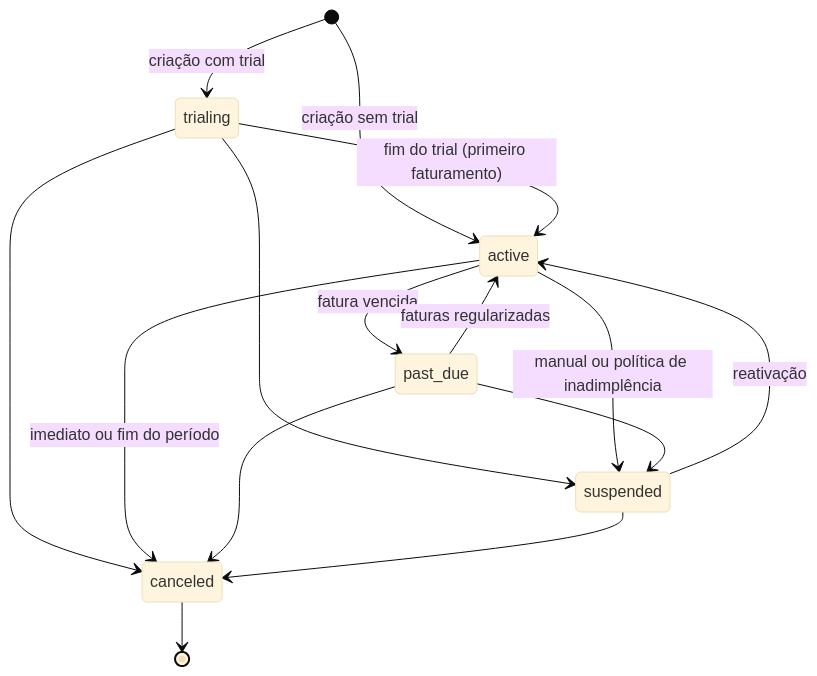
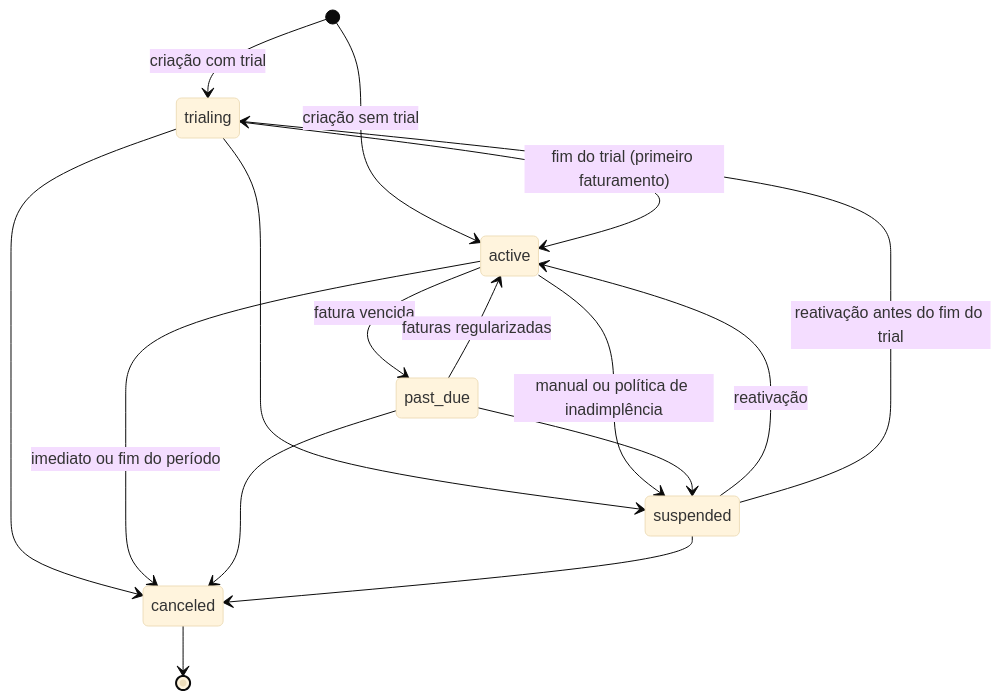
One commit to ricartefelipe/recorvia changed the first of 4 diagrams in docs/arquitetura/maquinas-de-estado.md. Above: the diagram before and after it, drawn with Mermaid (base theme). The commit also changed other lines of this file and 1 other file, not shown here.

Commit message:
fix(subscriptions): reativação antes do fim do trial mantém a assinatura em avaliação

````diff
--- a/docs/arquitetura/maquinas-de-estado.md
+++ b/docs/arquitetura/maquinas-de-estado.md
@@ -9,17 +9,18 @@
 ```mermaid
 stateDiagram-v2
   [*] --> trialing: criação com trial
   [*] --> active: criação sem trial
   trialing --> active: fim do trial (primeiro faturamento)
   trialing --> suspended
   trialing --> canceled
   active --> past_due: fatura vencida
   past_due --> active: faturas regularizadas
   active --> suspended: manual ou política de inadimplência
   past_due --> suspended
   suspended --> active: reativação
+  suspended --> trialing: reativação antes do fim do trial
   active --> canceled: imediato ou fim do período
   past_due --> canceled
   suspended --> canceled
   canceled --> [*]
 ```
````
